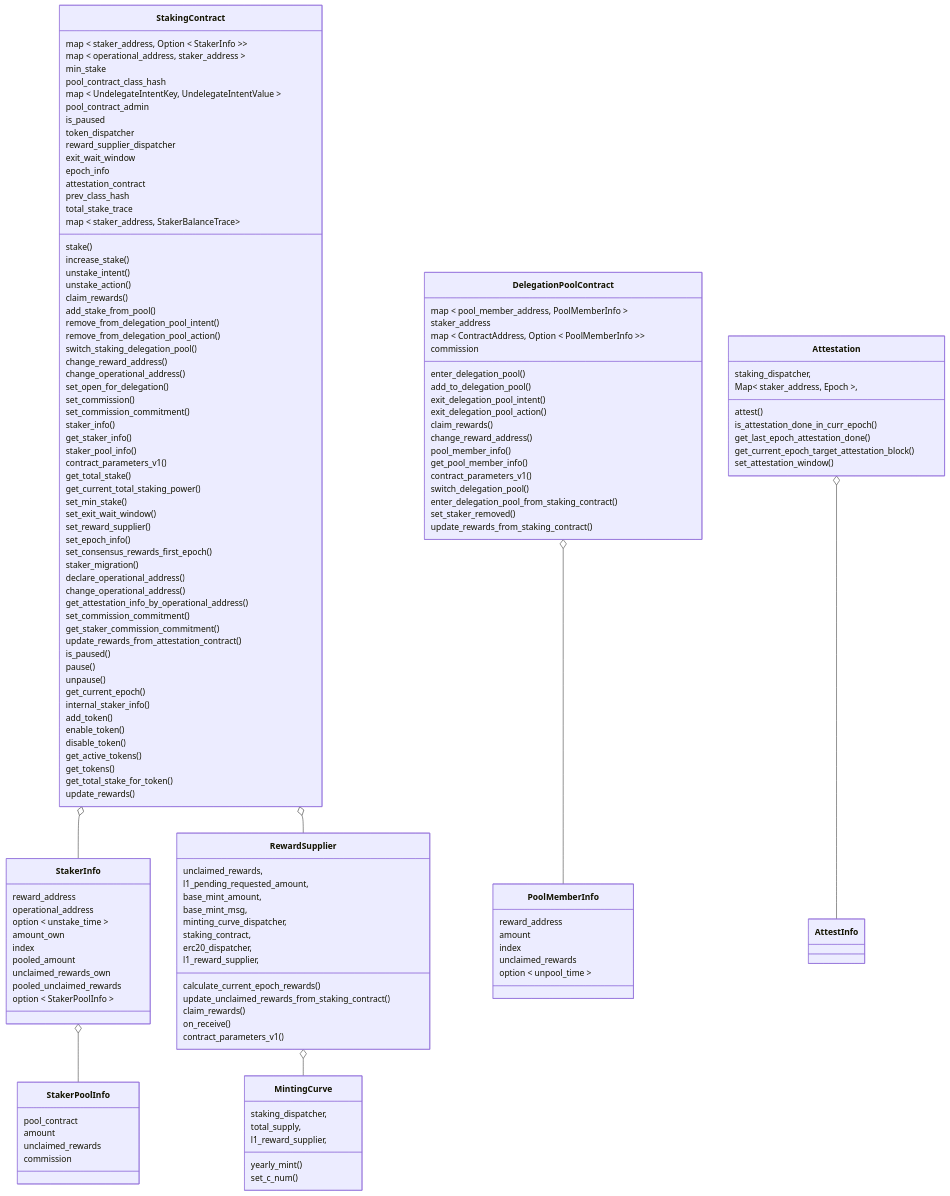
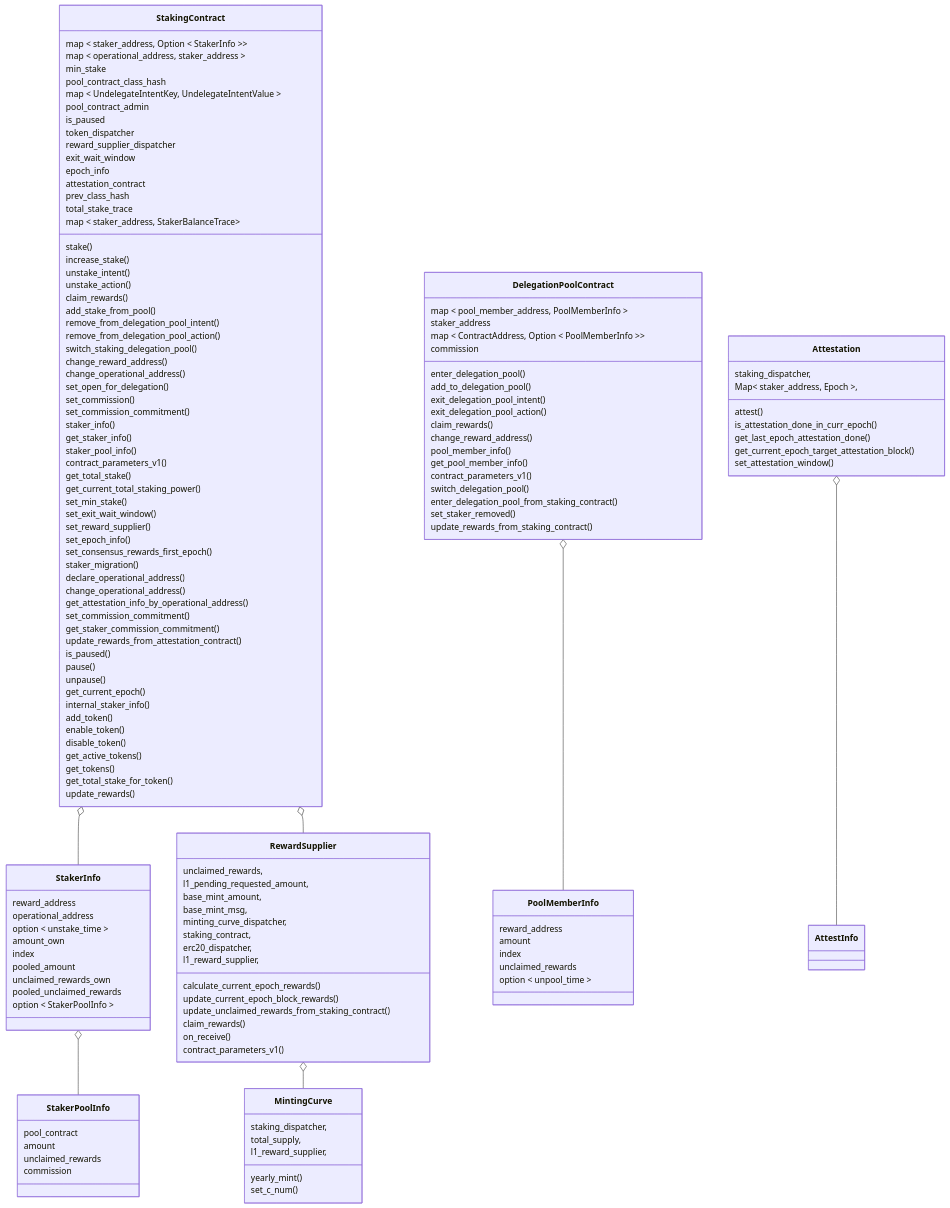
Before and after one commit to starkware-libs/starknet-staking: the first of 8 diagrams in workspace/apps/staking/docs/spec.md, drawn with Mermaid. The commit also changed other lines of this file and 6 other files, not shown here.

```diff
--- a/workspace/apps/staking/docs/spec.md
+++ b/workspace/apps/staking/docs/spec.md
@@ -395,6 +396,7 @@
     erc20_dispatcher,
     l1_reward_supplier,
     calculate_current_epoch_rewards()
+    update_current_epoch_block_rewards()
     update_unclaimed_rewards_from_staking_contract()
     claim_rewards()
     on_receive()
```
